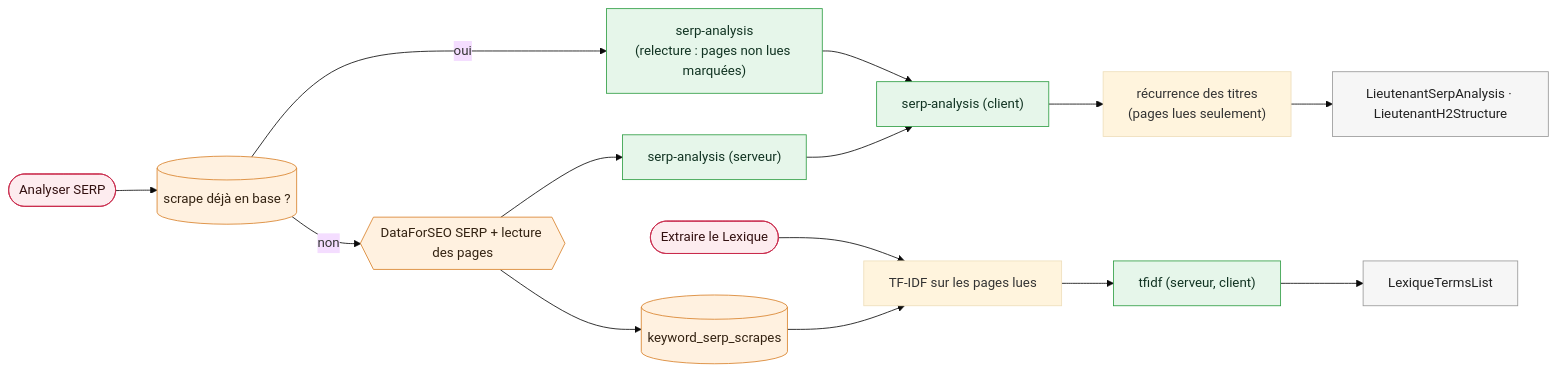
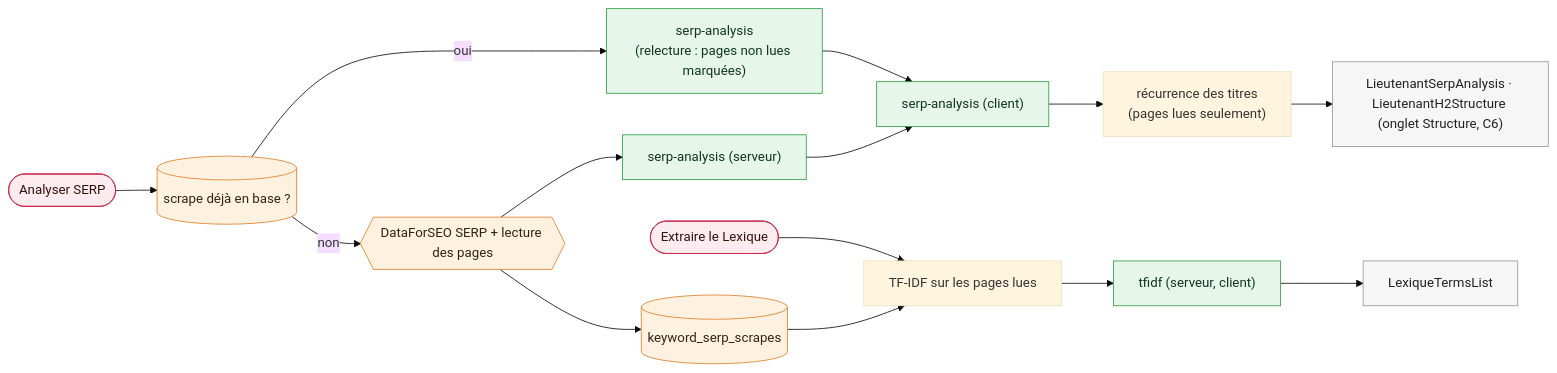
Diagram 38 of 42 in docs/contrats-affichage-moteur.md (annubis-knight/Blog_Redactor_SEO), drawn with Mermaid (base theme) before and after one commit. The commit also changed other lines of this file and 11 other files, not shown here.

First line of the commit message:
docs: l'onglet Structure versé au PRD, au registre et à l'épopée

````diff
--- a/docs/contrats-affichage-moteur.md
+++ b/docs/contrats-affichage-moteur.md
@@ -1116,18 +1117,18 @@
 ```mermaid
 flowchart LR
   T1(["Analyser SERP"]):::action --> DBH[("scrape déjà en base ?")]:::src
   DBH -- "oui" --> KD["serp-analysis<br/>(relecture : pages non lues marquées)"]:::contrat
   DBH -- "non" --> DFS{{"DataForSEO SERP + lecture des pages"}}:::src
   DFS --> SV[("keyword_serp_scrapes")]:::src
   DFS --> KS["serp-analysis (serveur)"]:::contrat
   KD --> KC["serp-analysis (client)"]:::contrat
   KS --> KC
-  KC --> REC["récurrence des titres<br/>(pages lues seulement)"] --> UI["LieutenantSerpAnalysis · LieutenantH2Structure"]:::zone
+  KC --> REC["récurrence des titres<br/>(pages lues seulement)"] --> UI["LieutenantSerpAnalysis · LieutenantH2Structure (onglet Structure, C6)"]:::zone
   T2(["Extraire le Lexique"]):::action --> TF["TF-IDF sur les pages lues"]
   SV --> TF
   TF --> KT["tfidf (serveur, client)"]:::contrat --> UI2["LexiqueTermsList"]:::zone
   classDef src fill:#fff1e0,stroke:#d9822b,color:#321
   classDef contrat fill:#e6f6ea,stroke:#2f9e44,color:#132
   classDef zone fill:#f6f6f6,stroke:#999,color:#222
   classDef action fill:#fdecef,stroke:#c92a4b,color:#311
 ```
````
